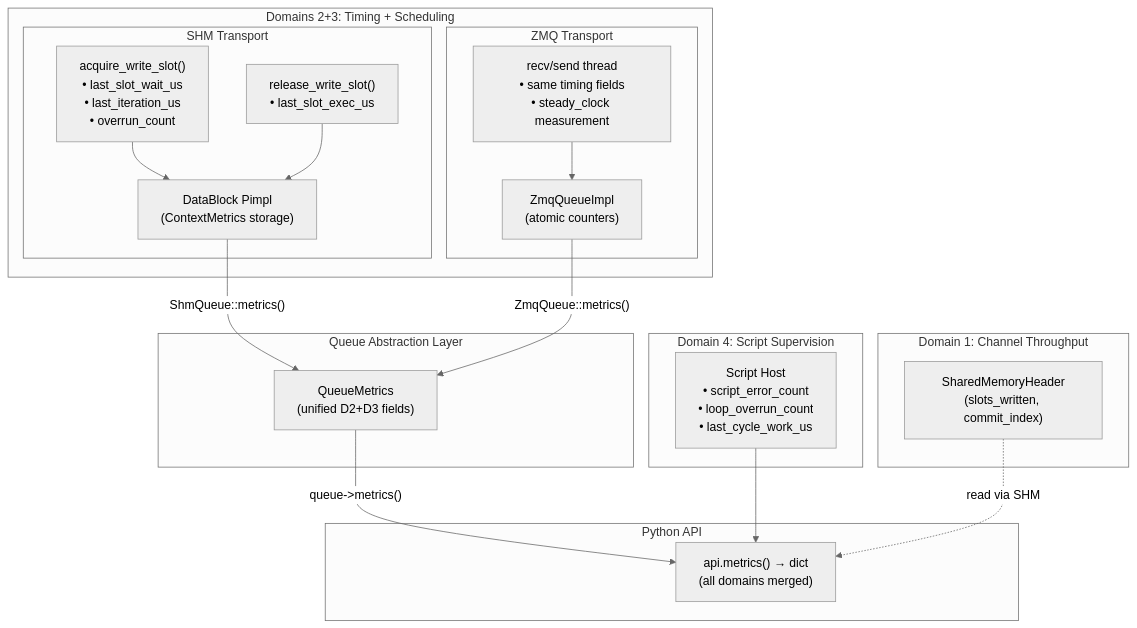
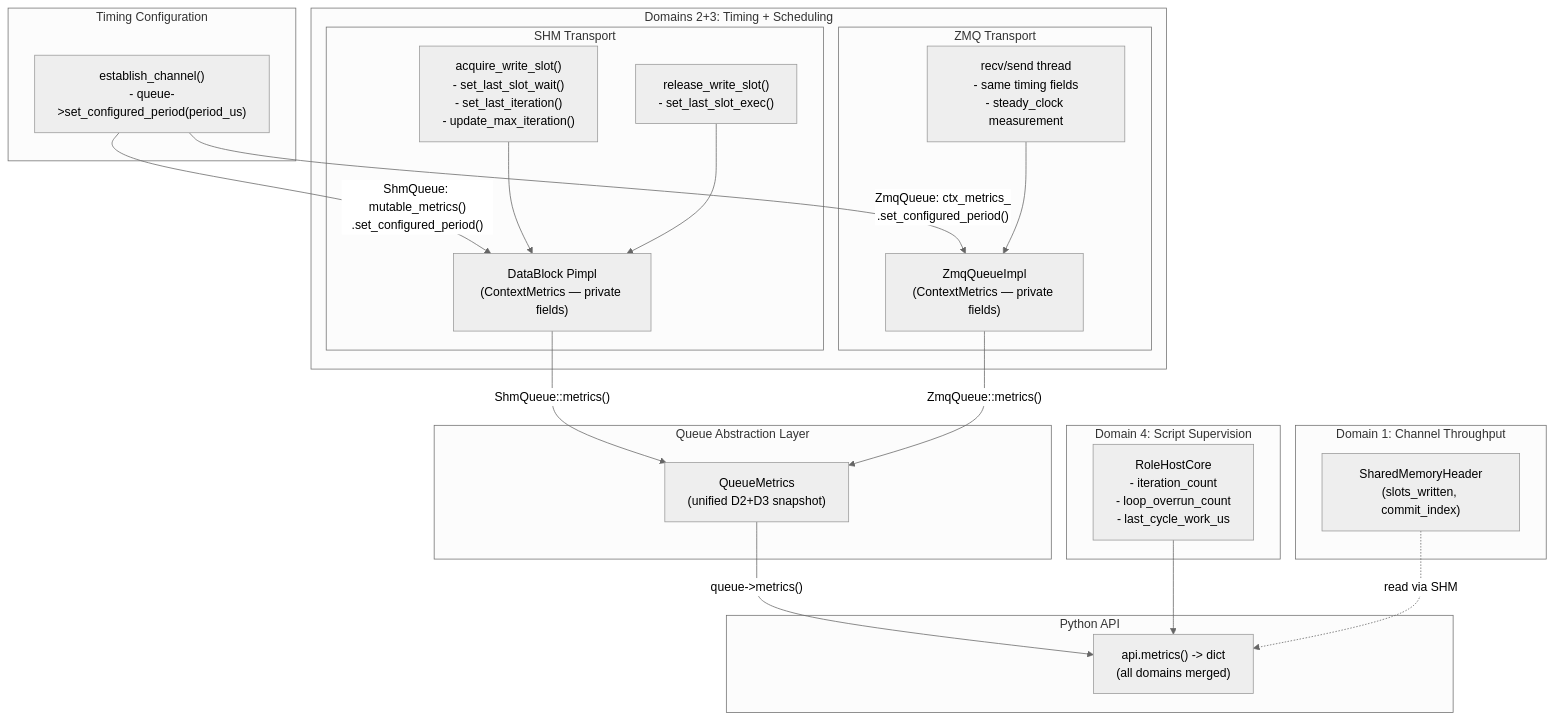
One commit to Qing-LAB/pylabhub changed the diagram in docs/HEP/HEP-CORE-0008-LoopPolicy-and-IterationMetrics.md. Above: the diagram before and after it, drawn with Mermaid (neutral theme). The commit also changed other lines of this file and 5 other files, not shown here.

````diff
--- a/docs/HEP/HEP-CORE-0008-LoopPolicy-and-IterationMetrics.md
+++ b/docs/HEP/HEP-CORE-0008-LoopPolicy-and-IterationMetrics.md
@@ -619,39 +689,45 @@
 ```mermaid
 flowchart TB
     subgraph D1["Domain 1: Channel Throughput"]
         SHM["SharedMemoryHeader\n(slots_written, commit_index)"]
     end
 
     subgraph D2D3["Domains 2+3: Timing + Scheduling"]
         subgraph ShmPath["SHM Transport"]
-            Acquire["acquire_write_slot()\n• last_slot_wait_us\n• last_iteration_us\n• overrun_count"]
-            Release["release_write_slot()\n• last_slot_exec_us"]
-            Pimpl["DataBlock Pimpl\n(ContextMetrics storage)"]
+            Acquire["acquire_write_slot()\n- set_last_slot_wait()\n- set_last_iteration()\n- update_max_iteration()"]
+            Release["release_write_slot()\n- set_last_slot_exec()"]
+            Pimpl["DataBlock Pimpl\n(ContextMetrics — private fields)"]
         end
         subgraph ZmqPath["ZMQ Transport"]
-            ZmqThread["recv/send thread\n• same timing fields\n• steady_clock measurement"]
-            ZmqImpl["ZmqQueueImpl\n(atomic counters)"]
+            ZmqThread["recv/send thread\n- same timing fields\n- steady_clock measurement"]
+            ZmqImpl["ZmqQueueImpl\n(ContextMetrics — private fields)"]
         end
     end
 
     subgraph QueueLayer["Queue Abstraction Layer"]
-        QM["QueueMetrics\n(unified D2+D3 fields)"]
+        QM["QueueMetrics\n(unified D2+D3 snapshot)"]
+    end
+
+    subgraph SetConfig["Timing Configuration"]
+        EC["establish_channel()\n- queue->set_configured_period(period_us)"]
     end
 
     subgraph D4["Domain 4: Script Supervision"]
-        ScriptHost["Script Host\n• script_error_count\n• loop_overrun_count\n• last_cycle_work_us"]
+        ScriptHost["RoleHostCore\n- iteration_count\n- loop_overrun_count\n- last_cycle_work_us"]
     end
 
     subgraph API["Python API"]
-        MetricsDict["api.metrics() → dict\n(all domains merged)"]
+        MetricsDict["api.metrics() -> dict\n(all domains merged)"]
     end
 
+    EC -->|"ShmQueue: mutable_metrics()\n.set_configured_period()"| Pimpl
+    EC -->|"ZmqQueue: ctx_metrics_\n.set_configured_period()"| ZmqImpl
     Acquire --> Pimpl
     Release --> Pimpl
     Pimpl -->|"ShmQueue::metrics()"| QM
     ZmqThread --> ZmqImpl
     ZmqImpl -->|"ZmqQueue::metrics()"| QM
     QM -->|"queue->metrics()"| MetricsDict
     ScriptHost --> MetricsDict
     SHM -.->|"read via SHM"| MetricsDict
 ```
````
